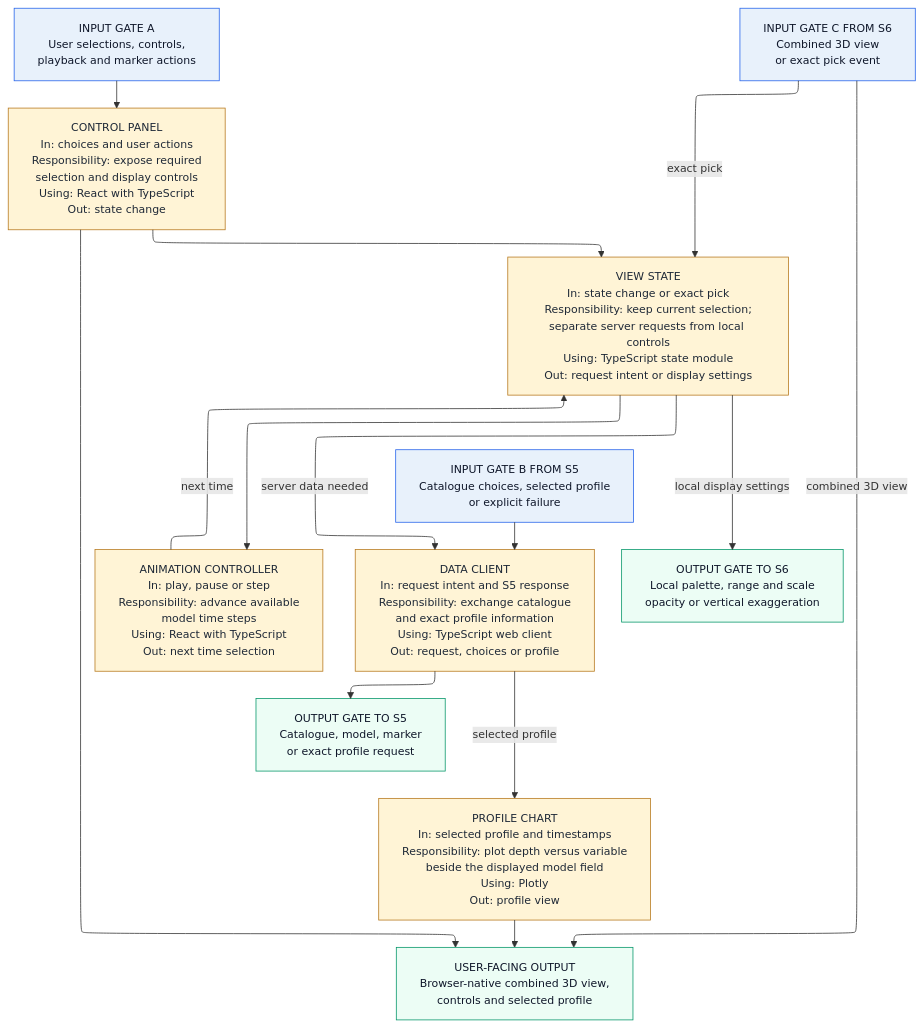
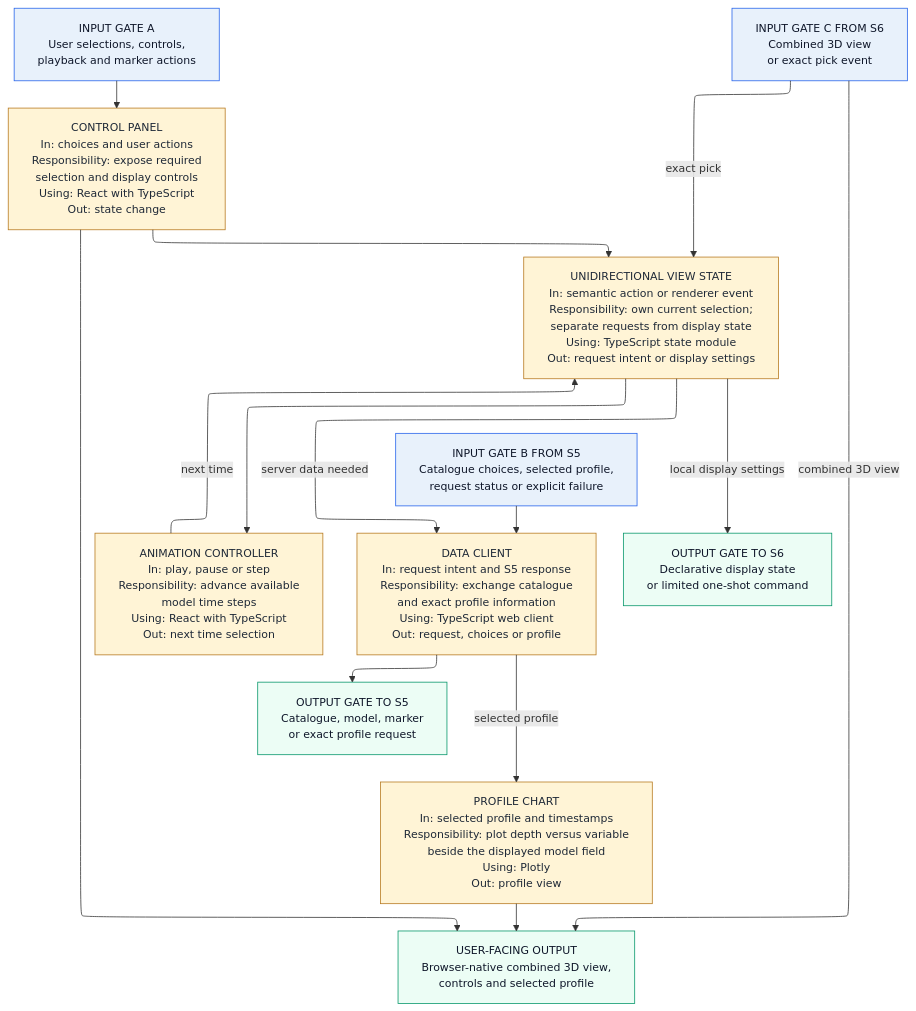
One commit to CSubham/incois-3d-ocean-visualization changed the tenth of 10 diagrams in docs/architecture/LLD_INCOIS_3D_Ocean_Data_Visualization_System.md. Above: the diagram before and after it, drawn with Mermaid. The commit also changed other lines of this file and 2 other files, not shown here.

````diff
--- a/docs/architecture/LLD_INCOIS_3D_Ocean_Data_Visualization_System.md
+++ b/docs/architecture/LLD_INCOIS_3D_Ocean_Data_Visualization_System.md
@@ -345,44 +390,44 @@
 ```mermaid
 %%{init: {"layout": "elk", "flowchart": {"wrappingWidth": 300, "rankSpacing": 35, "nodeSpacing": 20}, "themeVariables": {"fontSize": "14px"}}}%%
 flowchart TB
     USER["INPUT GATE A<br/>User selections, controls,<br/>playback and marker actions"]
     RENDER["INPUT GATE C FROM S6<br/>Combined 3D view<br/>or exact pick event"]
-    SERVER["INPUT GATE B FROM S5<br/>Catalogue choices, selected profile<br/>or explicit failure"]
+    SERVER["INPUT GATE B FROM S5<br/>Catalogue choices, selected profile,<br/>request status or explicit failure"]
     M1["CONTROL PANEL<br/>In: choices and user actions<br/>Responsibility: expose required<br/>selection and display controls<br/>Using: React with TypeScript<br/>Out: state change"]
     M4["ANIMATION CONTROLLER<br/>In: play, pause or step<br/>Responsibility: advance available<br/>model time steps<br/>Using: React with TypeScript<br/>Out: next time selection"]
-    M2["VIEW STATE<br/>In: state change or exact pick<br/>Responsibility: keep current selection;<br/>separate server requests from local controls<br/>Using: TypeScript state module<br/>Out: request intent or display settings"]
+    M2["UNIDIRECTIONAL VIEW STATE<br/>In: semantic action or renderer event<br/>Responsibility: own current selection;<br/>separate requests from display state<br/>Using: TypeScript state module<br/>Out: request intent or display settings"]
     M3["DATA CLIENT<br/>In: request intent and S5 response<br/>Responsibility: exchange catalogue<br/>and exact profile information<br/>Using: TypeScript web client<br/>Out: request, choices or profile"]
-    TO6["OUTPUT GATE TO S6<br/>Local palette, range and scale<br/>opacity or vertical exaggeration"]
+    TO6["OUTPUT GATE TO S6<br/>Declarative display state<br/>or limited one-shot command"]
     TO5["OUTPUT GATE TO S5<br/>Catalogue, model, marker<br/>or exact profile request"]
     M5["PROFILE CHART<br/>In: selected profile and timestamps<br/>Responsibility: plot depth versus variable<br/>beside the displayed model field<br/>Using: Plotly<br/>Out: profile view"]
     OUT["USER-FACING OUTPUT<br/>Browser-native combined 3D view,<br/>controls and selected profile"]
 
     USER --> M1 --> M2
     RENDER -- "exact pick" --> M2
     M2 -- "server data needed" --> M3
     M2 --> M4
     M4 -- "next time" --> M2
     M3 --> TO5
     SERVER --> M3
     M2 -- "local display settings" --> TO6
     M3 -- "selected profile" --> M5
     RENDER -- "combined 3D view" --> OUT
     M1 --> OUT
     M5 --> OUT
 
     classDef gate fill:#E8F1FB,stroke:#2563EB,color:#0F172A;
     classDef mod fill:#FFF4D6,stroke:#B7791F,color:#1F2937;
     classDef out fill:#ECFDF5,stroke:#059669,color:#0F172A;
     classDef plat fill:#F1F5F9,stroke:#64748B,color:#1F2937;
     class USER gate;
     class RENDER gate;
     class SERVER gate;
     class M1 mod;
     class M2 mod;
     class M3 mod;
     class M4 mod;
     class M5 mod;
     class TO5 out;
     class TO6 out;
     class OUT out;
 ```
````
